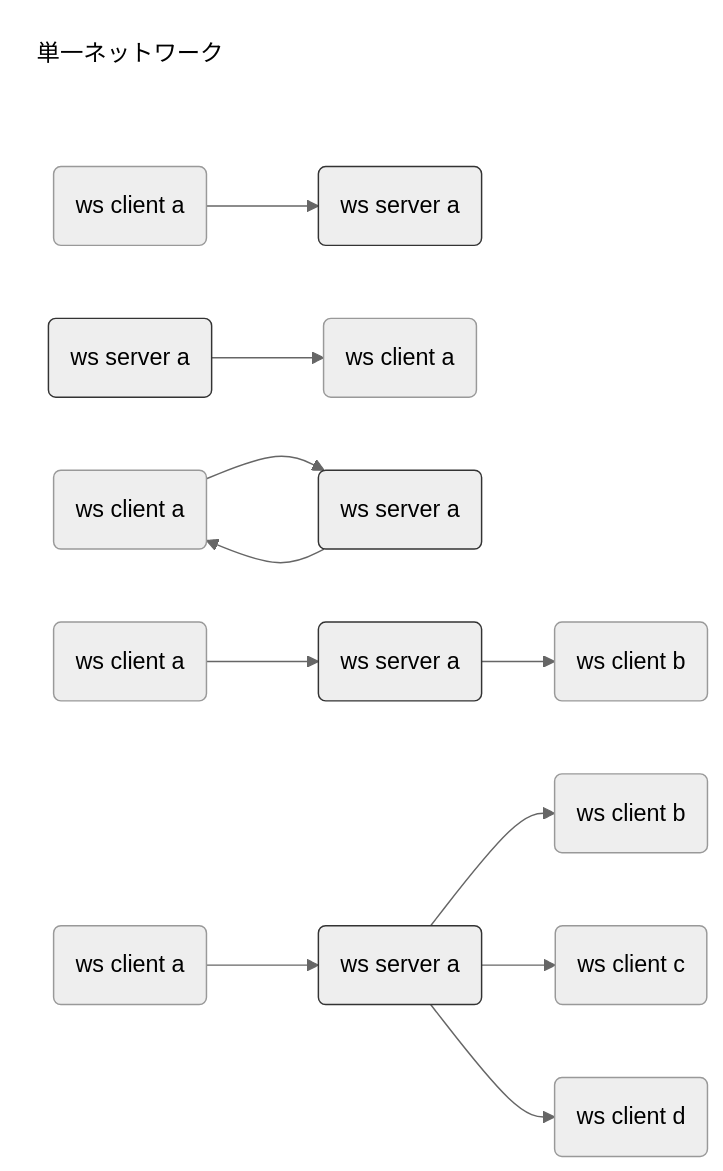
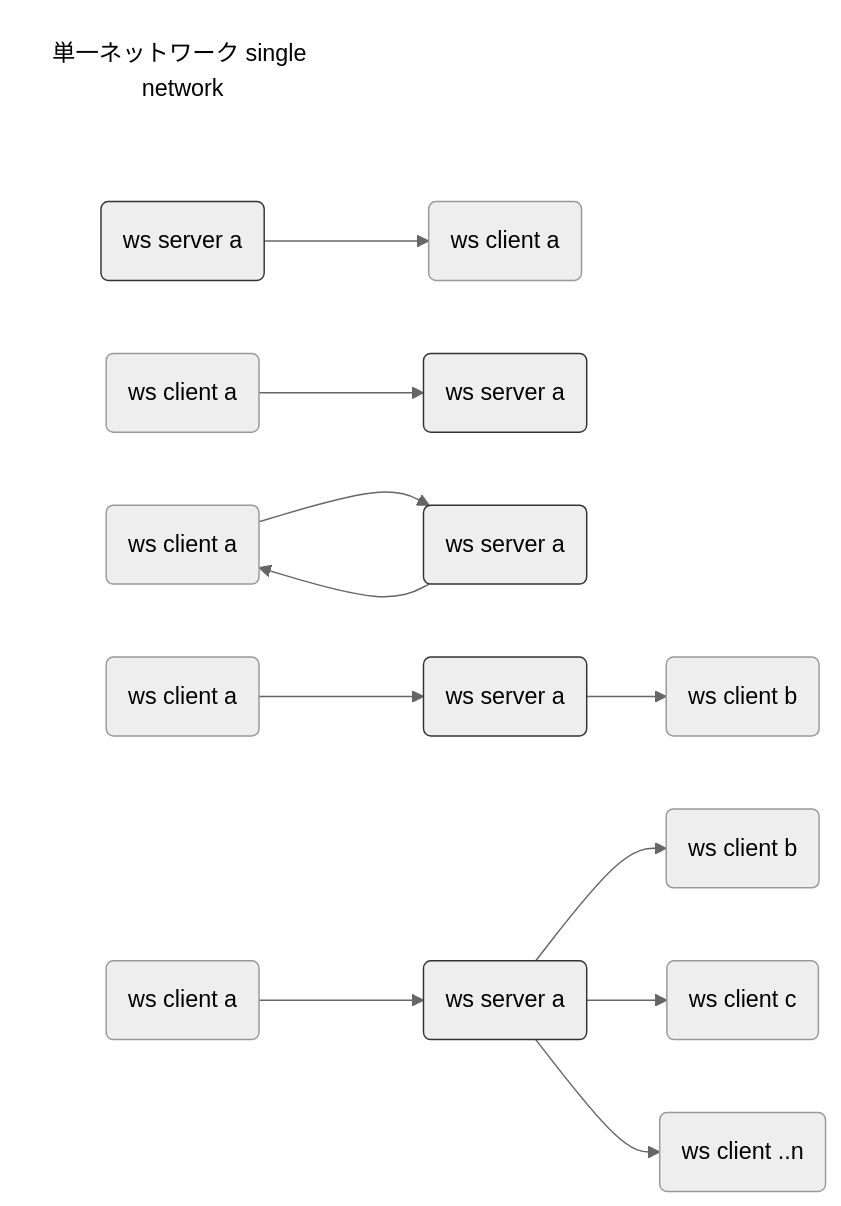
The first of 2 diagrams in README.md (toshirot/w2w), drawn with Mermaid (neutral theme) before and after one commit. The commit also changed other lines of this file, not shown here.

````diff
--- a/README.md
+++ b/README.md
@@ -10,40 +10,40 @@
 ```mermaid
 flowchart LR
 
 
-text1(単一ネットワーク):::class_text
+text1(単一ネットワーク single network):::class_text
 
-    %%type1
-        type1c(ws client a) 
-        type1s(ws server a):::class_server
-            type1c --> type1s
-    %%type2
-        type2c(ws client a) 
-        type2s(ws server a):::class_server
-           type2s --> type2c 
-    %%type3
-        type3c(ws client a) 
-        type3s(ws server a):::class_server
-            type3c --> type3s  --> type3c
-    %%type4
-        type4c1(ws client a) 
-        type4s1(ws server a):::class_server 
-        type4c2(ws client b) 
-            type4c1 --> type4s1  --> type4c2
-            
-       
-    %%type5
-        type5c1(ws client a) 
-        type5s1(ws server a):::class_server 
-        type5c2(ws client b) 
-        type5c3(ws client c) 
-        type5c4(ws client d) 
-            type5c1 --> type5s1  --> type5c2
-                        type5s1  --> type5c3
-                        type5s1  --> type5c4
+    %%single_type1
+        single_type1c(ws client a) 
+        single_type1s(ws server a):::class_server
+           single_type1s --> single_type1c 
 
- 
+    %%single_type2
+        single_type2c(ws client a) 
+        single_type2s(ws server a):::class_server
+            single_type2c --> single_type2s
+
+    %%single_type3
+        single_type3c(ws client a) 
+        single_type3s(ws server a):::class_server
+            single_type3c --> single_type3s --> single_type3c
+
+    %%single_type4
+        single_type4c1(ws client a) 
+        single_type4s1(ws server a):::class_server 
+        single_type4c2(ws client b) 
+            single_type4c1 --> single_type4s1 --> single_type4c2
+
+    %%single_type6
+        single_type5c1(ws client a) 
+        single_type5s1(ws server a):::class_server 
+        single_type5c2(ws client b) 
+        single_type5c3(ws client c) 
+        single_type5c4(ws client ..n) 
+            single_type5c1 --> single_type5s1 --> single_type5c2
+                        single_type5s1 --> single_type5c3
+                        single_type5s1 --> single_type5c4
+
 classDef class_server fill:#eee,color:#000,stroke:#333
 classDef class_text fill:#fff,color:#000,stroke:#fff
-
 ```
````
